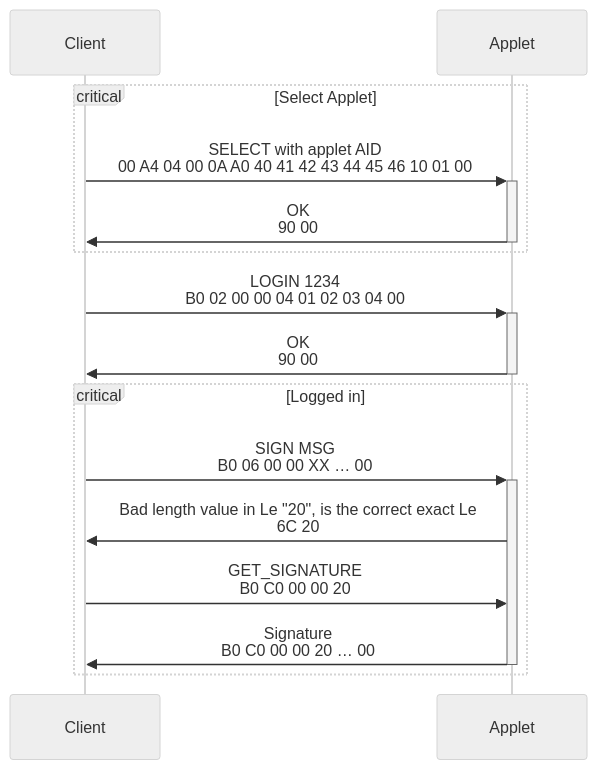
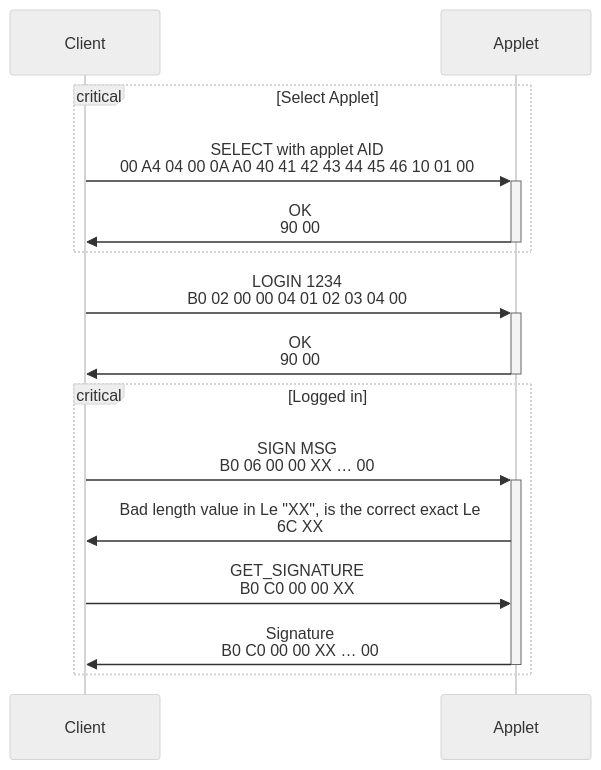
One commit to FlorianLatapie/PNS-SI5-S9_Secu_IOT changed the second of 3 diagrams in README.md. Above: the diagram before and after it, drawn with Mermaid (neutral theme).

Commit message:
correct diagram

````diff
--- a/README.md
+++ b/README.md
@@ -108,20 +108,20 @@
 ```mermaid
 sequenceDiagram
     participant C as Client
     participant A as Applet
 
     critical Select Applet
         C->>+A: SELECT with applet AID<br>00 A4 04 00 0A A0 40 41 42 43 44 45 46 10 01 00
         A->>-C: OK<br>90 00
     end
 
     C->>+A: LOGIN 1234<br>B0 02 00 00 04 01 02 03 04 00
     A->>-C: OK<br>90 00
     
     critical Logged in
         C->>+A: SIGN MSG<br>B0 06 00 00 XX … 00
-        A->>C: Bad length value in Le "20", is the correct exact Le<br>6C 20
-        C->>A: GET_SIGNATURE<br>B0 C0 00 00 20
-        A->>-C: Signature<br>B0 C0 00 00 20 … 00
+        A->>C: Bad length value in Le "XX", is the correct exact Le<br>6C XX
+        C->>A: GET_SIGNATURE<br>B0 C0 00 00 XX
+        A->>-C: Signature<br>B0 C0 00 00 XX … 00
     end
 ```
````
